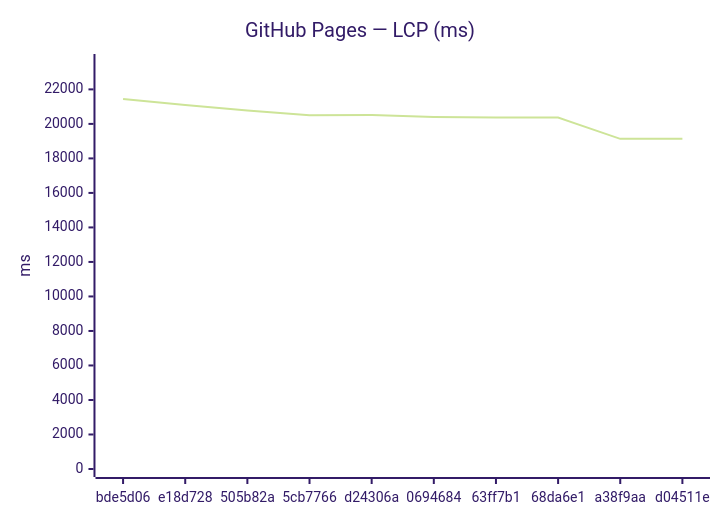
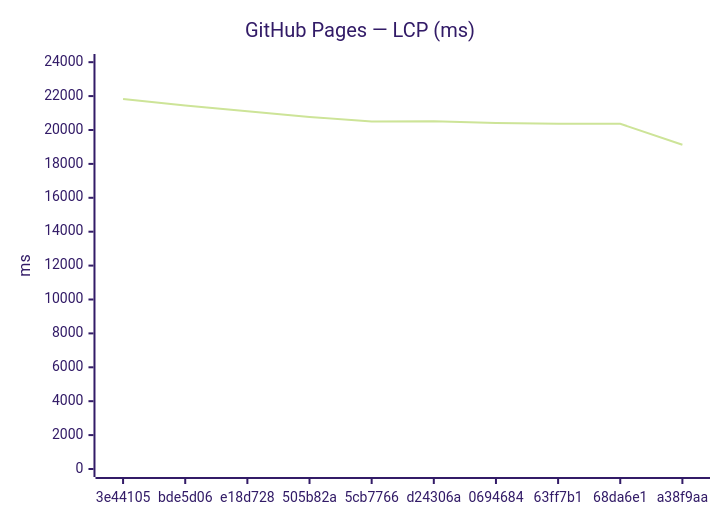
The third of 18 diagrams in benchmarks/compare.md (Metaheurist/Rianell), drawn with Mermaid (forest theme) before and after one commit. The commit also changed other lines of this file and 11 other files, not shown here.

````diff
--- a/benchmarks/compare.md
+++ b/benchmarks/compare.md
@@ -54,7 +54,7 @@
 ```mermaid
 xychart-beta
     title "GitHub Pages — LCP (ms)"
-    x-axis ["bde5d06", "e18d728", "505b82a", "5cb7766", "d24306a", "0694684", "63ff7b1", "68da6e1", "a38f9aa", "d04511e"]
-    y-axis "ms" 0 --> 23587
-    line [21442, 21100, 20773, 20501, 20513, 20406, 20374, 20366, 19133, 19145]
+    x-axis ["3e44105", "bde5d06", "e18d728", "505b82a", "5cb7766", "d24306a", "0694684", "63ff7b1", "68da6e1", "a38f9aa"]
+    y-axis "ms" 0 --> 24011
+    line [21828, 21442, 21100, 20773, 20501, 20513, 20406, 20374, 20366, 19133]
 ```
````
